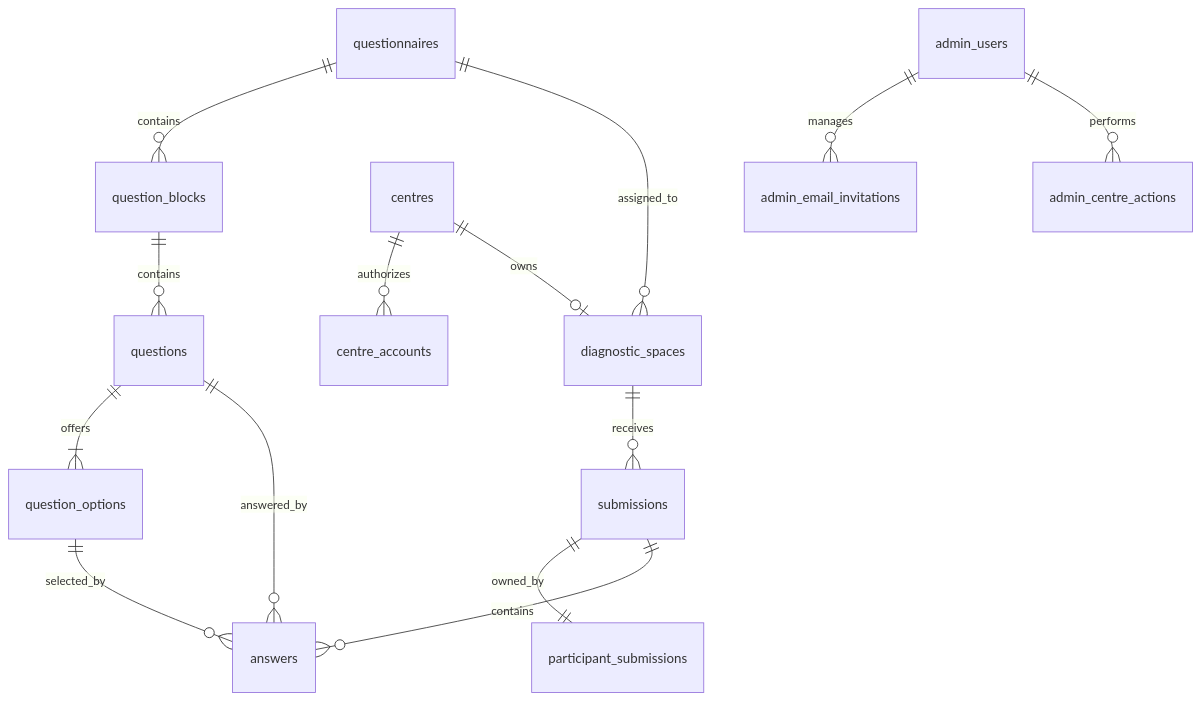
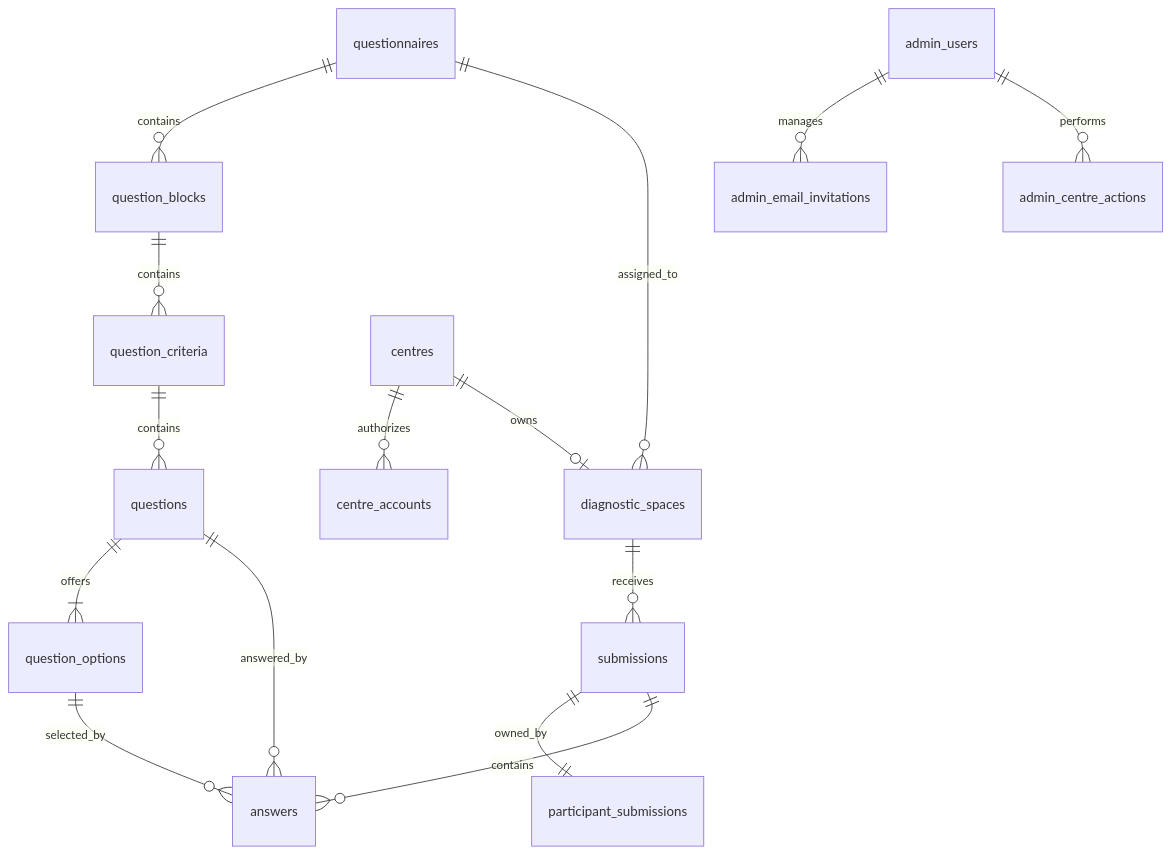
One commit to rbarrachina/diagnosi-ia changed the diagram in docs/DATABASE_SCHEMA.md. Above: the diagram before and after it, drawn with Mermaid. The commit also changed other lines of this file and 55 other files, not shown here.

````diff
--- a/docs/DATABASE_SCHEMA.md
+++ b/docs/DATABASE_SCHEMA.md
@@ -25,16 +25,17 @@
 ```mermaid
 erDiagram
   questionnaires ||--o{ question_blocks : contains
-  question_blocks ||--o{ questions : contains
+  question_blocks ||--o{ question_criteria : contains
+  question_criteria ||--o{ questions : contains
   questions ||--|{ question_options : offers
   questionnaires ||--o{ diagnostic_spaces : assigned_to
   centres ||--o{ centre_accounts : authorizes
   centres ||--o| diagnostic_spaces : owns
   diagnostic_spaces ||--o{ submissions : receives
   submissions ||--|| participant_submissions : owned_by
   submissions ||--o{ answers : contains
   questions ||--o{ answers : answered_by
   question_options ||--o{ answers : selected_by
   admin_users ||--o{ admin_email_invitations : manages
   admin_users ||--o{ admin_centre_actions : performs
 ```
````
